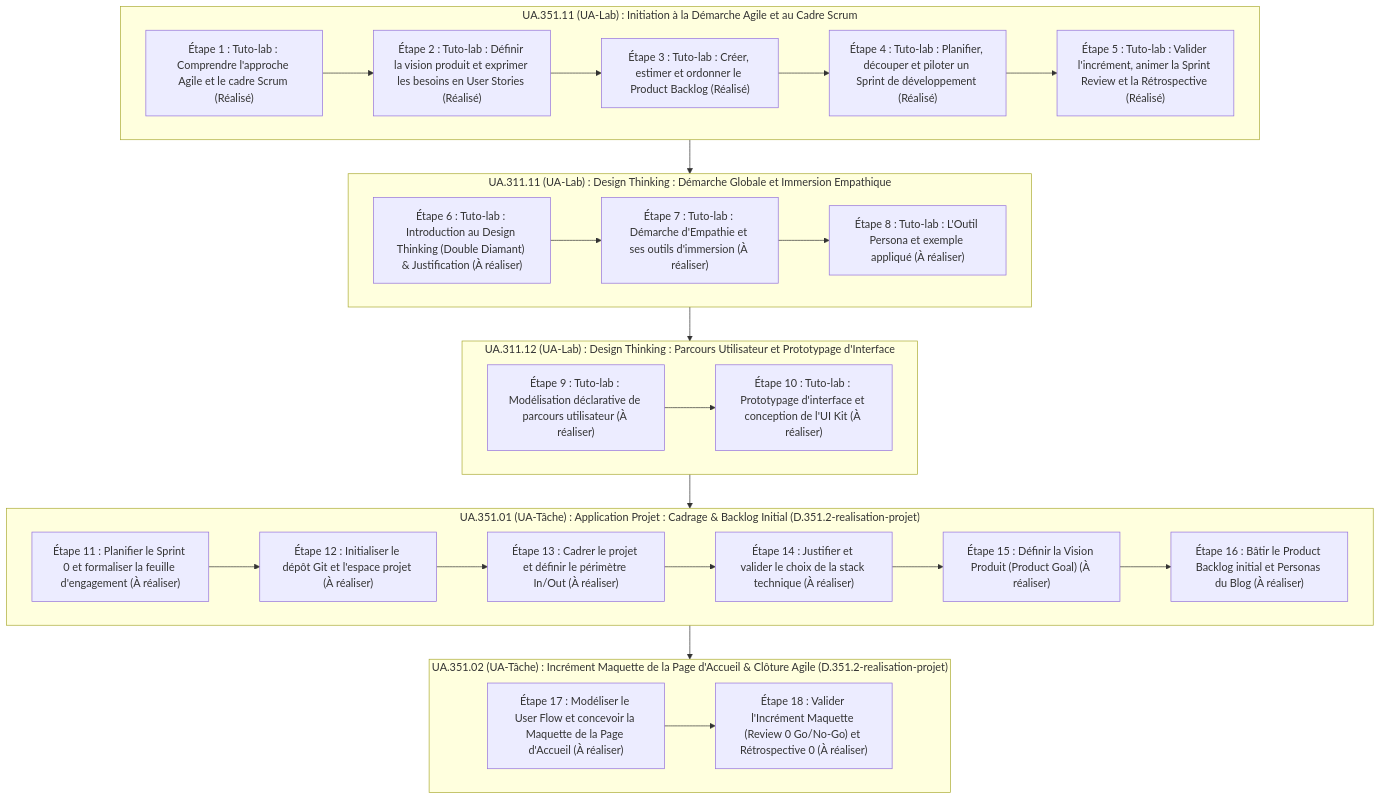
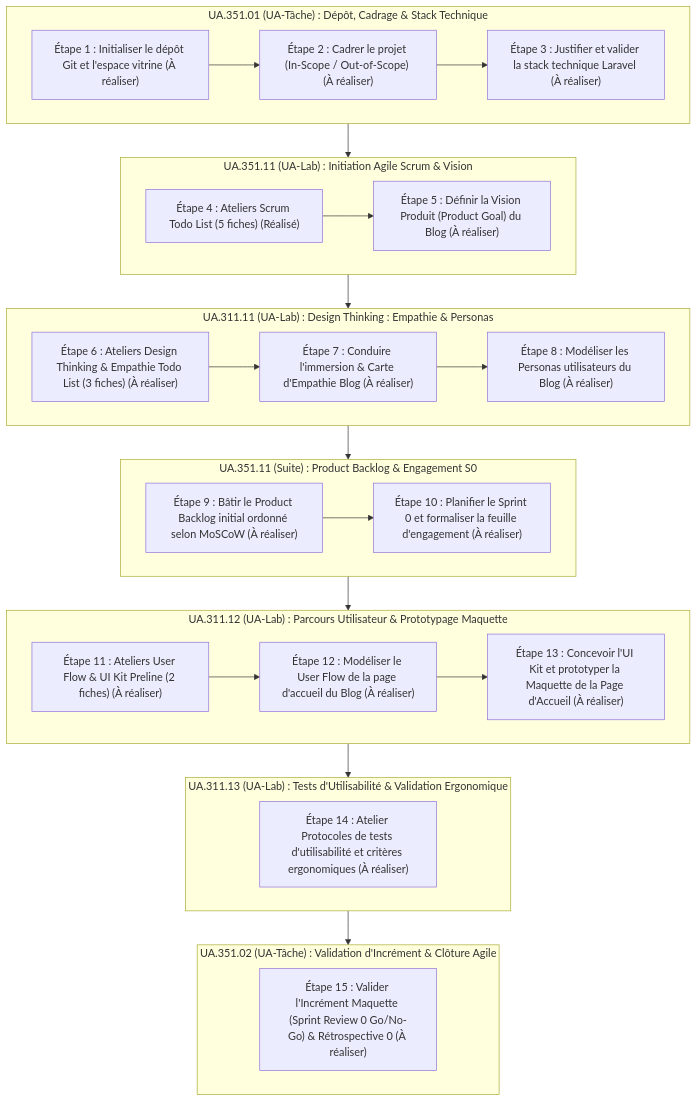
Before and after one commit to labs-web/projet-imiation-n3: the diagram in flux-travail/sessions/flux-travail-s0.md, drawn with Mermaid. The commit also changed other lines of this file, not shown here.

````diff
--- a/flux-travail/sessions/flux-travail-s0.md
+++ b/flux-travail/sessions/flux-travail-s0.md
@@ -77,42 +60,45 @@
 ```mermaid
 flowchart TD
-    subgraph UA1 ["UA.351.11 (UA-Lab) : Initiation à la Démarche Agile et au Cadre Scrum"]
-        E1["Étape 1 : Tuto-lab : Comprendre l'approche Agile et le cadre Scrum (Réalisé)"]
-        E2["Étape 2 : Tuto-lab : Définir la vision produit et exprimer les besoins en User Stories (Réalisé)"]
-        E3["Étape 3 : Tuto-lab : Créer, estimer et ordonner le Product Backlog (Réalisé)"]
-        E4["Étape 4 : Tuto-lab : Planifier, découper et piloter un Sprint de développement (Réalisé)"]
-        E5["Étape 5 : Tuto-lab : Valider l'incrément, animer la Sprint Review et la Rétrospective (Réalisé)"]
-        E1 --> E2 --> E3 --> E4 --> E5
+    subgraph UA1 ["UA.351.01 (UA-Tâche) : Dépôt, Cadrage & Stack Technique"]
+        E1["Étape 1 : Initialiser le dépôt Git et l'espace vitrine (À réaliser)"]
+        E2["Étape 2 : Cadrer le projet (In-Scope / Out-of-Scope) (À réaliser)"]
+        E3["Étape 3 : Justifier et valider la stack technique Laravel (À réaliser)"]
+        E1 --> E2 --> E3
     end
 
-    subgraph UA2 ["UA.311.11 (UA-Lab) : Design Thinking : Démarche Globale et Immersion Empathique"]
-        E6["Étape 6 : Tuto-lab : Introduction au Design Thinking (Double Diamant) & Justification (À réaliser)"]
-        E7["Étape 7 : Tuto-lab : Démarche d'Empathie et ses outils d'immersion (À réaliser)"]
-        E8["Étape 8 : Tuto-lab : L'Outil Persona et exemple appliqué (À réaliser)"]
+    subgraph UA2 ["UA.351.11 (UA-Lab) : Initiation Agile Scrum & Vision"]
+        E4["Étape 4 : Ateliers Scrum Todo List (5 fiches) (Réalisé)"]
+        E5["Étape 5 : Définir la Vision Produit (Product Goal) du Blog (À réaliser)"]
+        E4 --> E5
+    end
+
+    subgraph UA3 ["UA.311.11 (UA-Lab) : Design Thinking : Empathie & Personas"]
+        E6["Étape 6 : Ateliers Design Thinking & Empathie Todo List (3 fiches) (À réaliser)"]
+        E7["Étape 7 : Conduire l'immersion & Carte d'Empathie Blog (À réaliser)"]
+        E8["Étape 8 : Modéliser les Personas utilisateurs du Blog (À réaliser)"]
         E6 --> E7 --> E8
     end
 
-    subgraph UA3 ["UA.311.12 (UA-Lab) : Design Thinking : Parcours Utilisateur et Prototypage d'Interface"]
-        E9["Étape 9 : Tuto-lab : Modélisation déclarative de parcours utilisateur (À réaliser)"]
-        E10["Étape 10 : Tuto-lab : Prototypage d'interface et conception de l'UI Kit (À réaliser)"]
+    subgraph UA2_Suite ["UA.351.11 (Suite) : Product Backlog & Engagement S0"]
+        E9["Étape 9 : Bâtir le Product Backlog initial ordonné selon MoSCoW (À réaliser)"]
+        E10["Étape 10 : Planifier le Sprint 0 et formaliser la feuille d'engagement (À réaliser)"]
         E9 --> E10
     end
 
-    subgraph UA4 ["UA.351.01 (UA-Tâche) : Application Projet : Cadrage & Backlog Initial (D.351.2-realisation-projet)"]
-        E11["Étape 11 : Planifier le Sprint 0 et formaliser la feuille d'engagement (À réaliser)"]
-        E12["Étape 12 : Initialiser le dépôt Git et l'espace projet (À réaliser)"]
-        E13["Étape 13 : Cadrer le projet et définir le périmètre In/Out (À réaliser)"]
-        E14["Étape 14 : Justifier et valider le choix de la stack technique (À réaliser)"]
-        E15["Étape 15 : Définir la Vision Produit (Product Goal) (À réaliser)"]
-        E16["Étape 16 : Bâtir le Product Backlog initial et Personas du Blog (À réaliser)"]
-        E11 --> E12 --> E13 --> E14 --> E15 --> E16
+    subgraph UA4 ["UA.311.12 (UA-Lab) : Parcours Utilisateur & Prototypage Maquette"]
+        E11["Étape 11 : Ateliers User Flow & UI Kit Preline (2 fiches) (À réaliser)"]
+        E12["Étape 12 : Modéliser le User Flow de la page d'accueil du Blog (À réaliser)"]
+        E13["Étape 13 : Concevoir l'UI Kit et prototyper la Maquette de la Page d'Accueil (À réaliser)"]
+        E11 --> E12 --> E13
     end
 
-    subgraph UA5 ["UA.351.02 (UA-Tâche) : Incrément Maquette de la Page d'Accueil & Clôture Agile (D.351.2-realisation-projet)"]
-        E17["Étape 17 : Modéliser le User Flow et concevoir la Maquette de la Page d'Accueil (À réaliser)"]
-        E18["Étape 18 : Valider l'Incrément Maquette (Review 0 Go/No-Go) et Rétrospective 0 (À réaliser)"]
-        E17 --> E18
+    subgraph UA5 ["UA.311.13 (UA-Lab) : Tests d'Utilisabilité & Validation Ergonomique"]
+        E14["Étape 14 : Atelier Protocoles de tests d'utilisabilité et critères ergonomiques (À réaliser)"]
     end
 
-    UA1 --> UA2 --> UA3 --> UA4 --> UA5
+    subgraph UA6 ["UA.351.02 (UA-Tâche) : Validation d'Incrément & Clôture Agile"]
+        E15["Étape 15 : Valider l'Incrément Maquette (Sprint Review 0 Go/No-Go) & Rétrospective 0 (À réaliser)"]
+    end
+
+    UA1 --> UA2 --> UA3 --> UA2_Suite --> UA4 --> UA5 --> UA6
 ```
````
